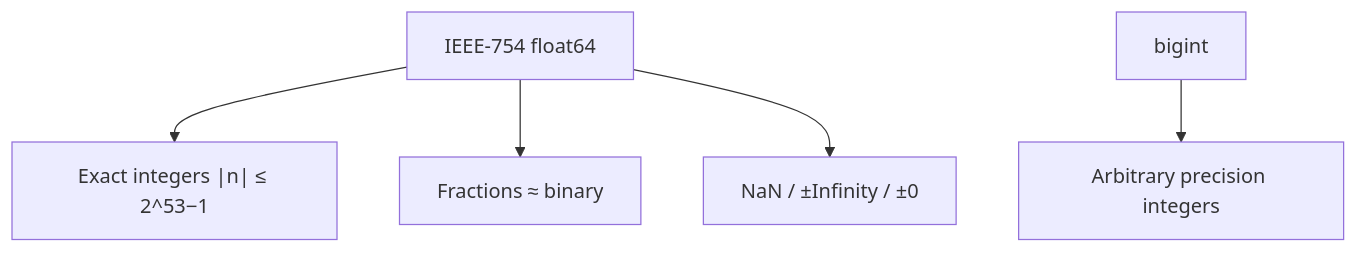
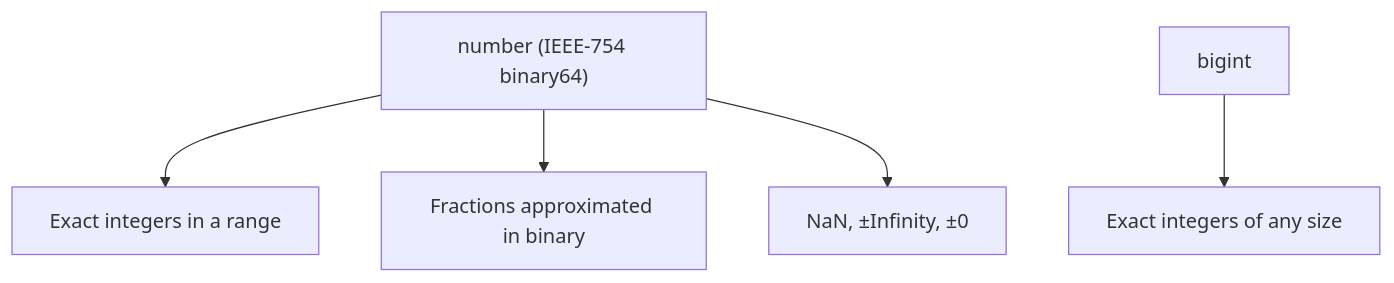
The first of 3 diagrams in docs/javascript/17-numbers.md (prajjwaljogdand/FullstackPreparation), drawn with Mermaid before and after one commit. The commit also changed other lines of this file and 91 other files, not shown here.

````diff
--- a/docs/javascript/17-numbers.md
+++ b/docs/javascript/17-numbers.md
@@ -17,7 +21,7 @@
 ```mermaid
 flowchart TB
-  f64["IEEE-754 float64"] --> int["Exact integers |n| ≤ 2^53−1"]
-  f64 --> frac["Fractions ≈ binary"]
-  f64 --> special["NaN / ±Infinity / ±0"]
-  bigint["bigint"] --> arb["Arbitrary precision integers"]
+  n["number (IEEE-754 binary64)"] --> ints["Exact integers in a range"]
+  n --> fracs["Fractions approximated in binary"]
+  n --> special["NaN, ±Infinity, ±0"]
+  bi["bigint"] --> arb["Exact integers of any size"]
 ```
````
